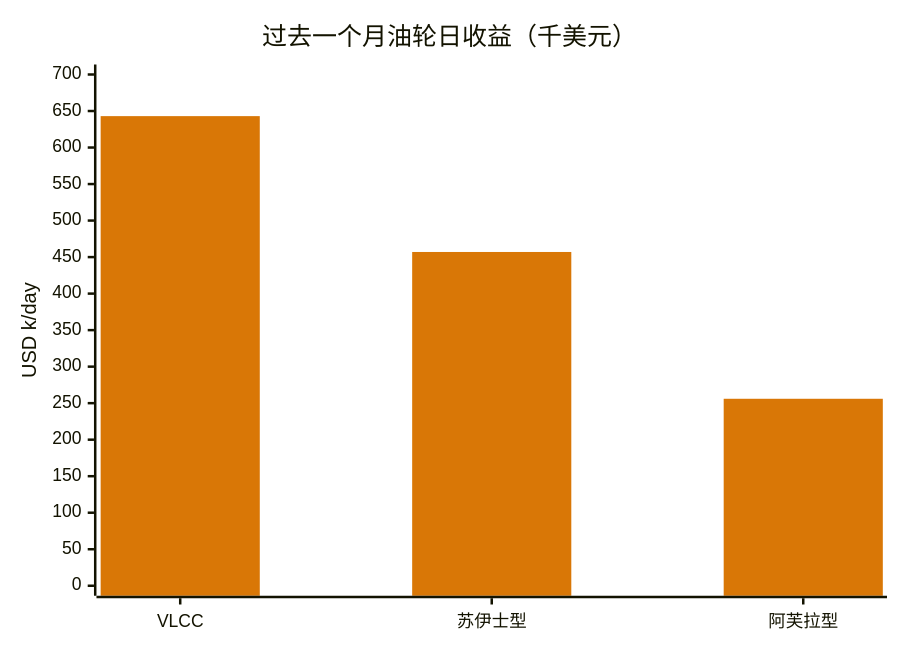
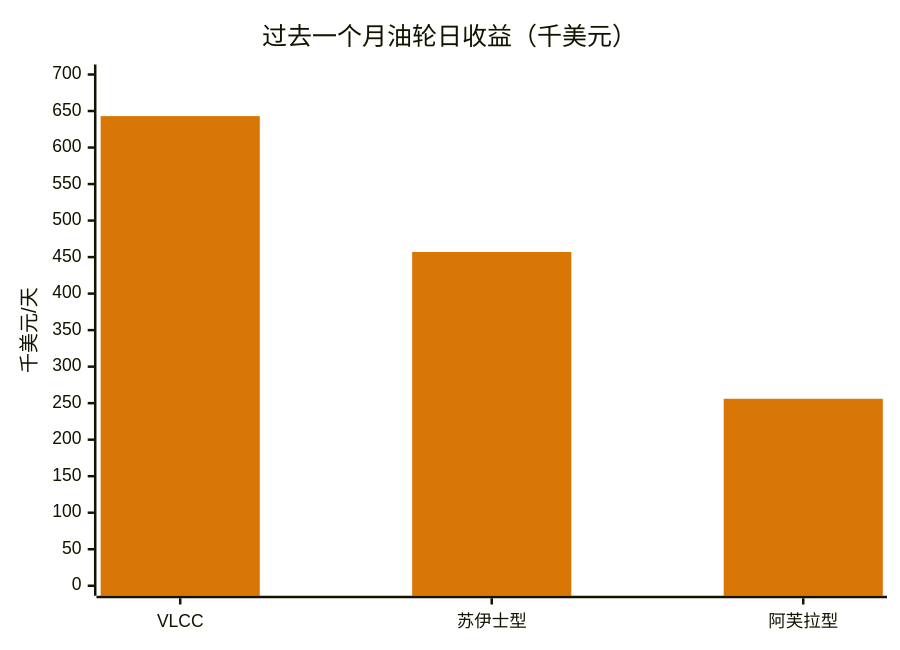
One commit to dureach/research changed the second of 19 diagrams in Global-Trade-Intelligence-weekly-2026-10-19/index.zh.md. Above: the diagram before and after it, drawn with Mermaid. The commit also changed other lines of this file and 5 other files, not shown here.

````diff
--- a/Global-Trade-Intelligence-weekly-2026-10-19/index.zh.md
+++ b/Global-Trade-Intelligence-weekly-2026-10-19/index.zh.md
@@ -119,8 +119,8 @@
 ```mermaid
 %%{init: {'theme': 'base', 'themeVariables': {'xyChart': {'plotColorPalette': '#d97706'}}}}%%
 xychart-beta
     title "过去一个月油轮日收益（千美元）"
     x-axis ["VLCC", "苏伊士型", "阿芙拉型"]
-    y-axis "USD k/day" 0 --> 700
+    y-axis "千美元/天" 0 --> 700
     bar [643, 457, 256]
 ```
````
